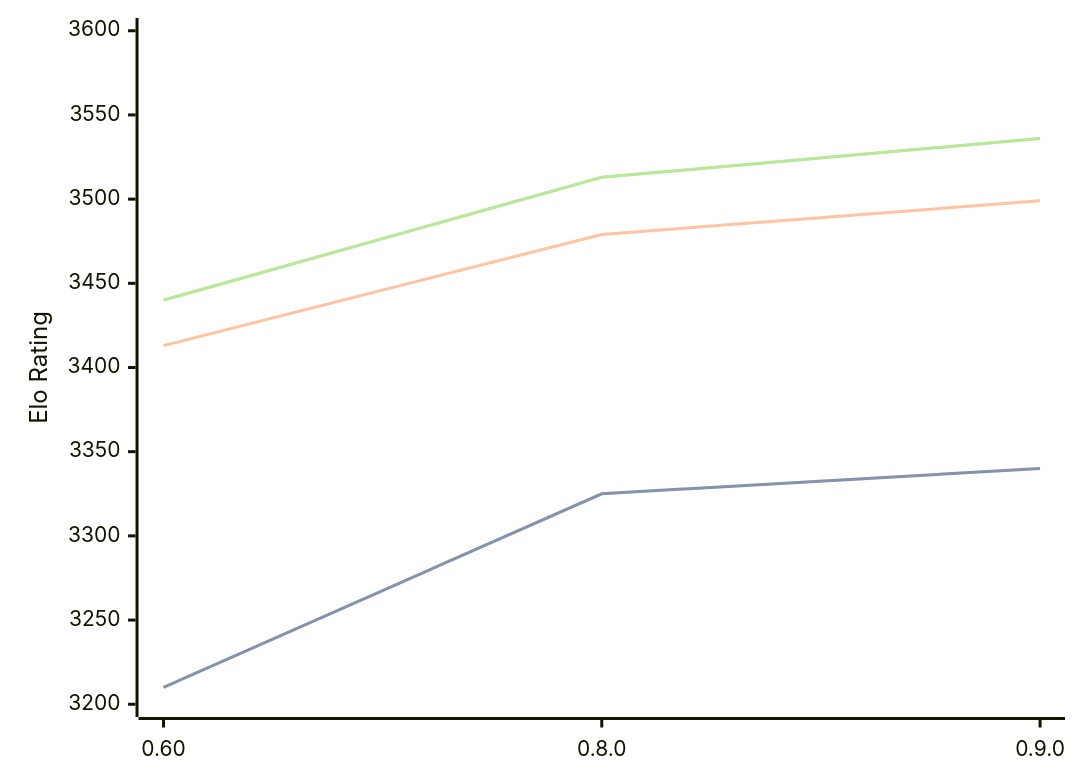
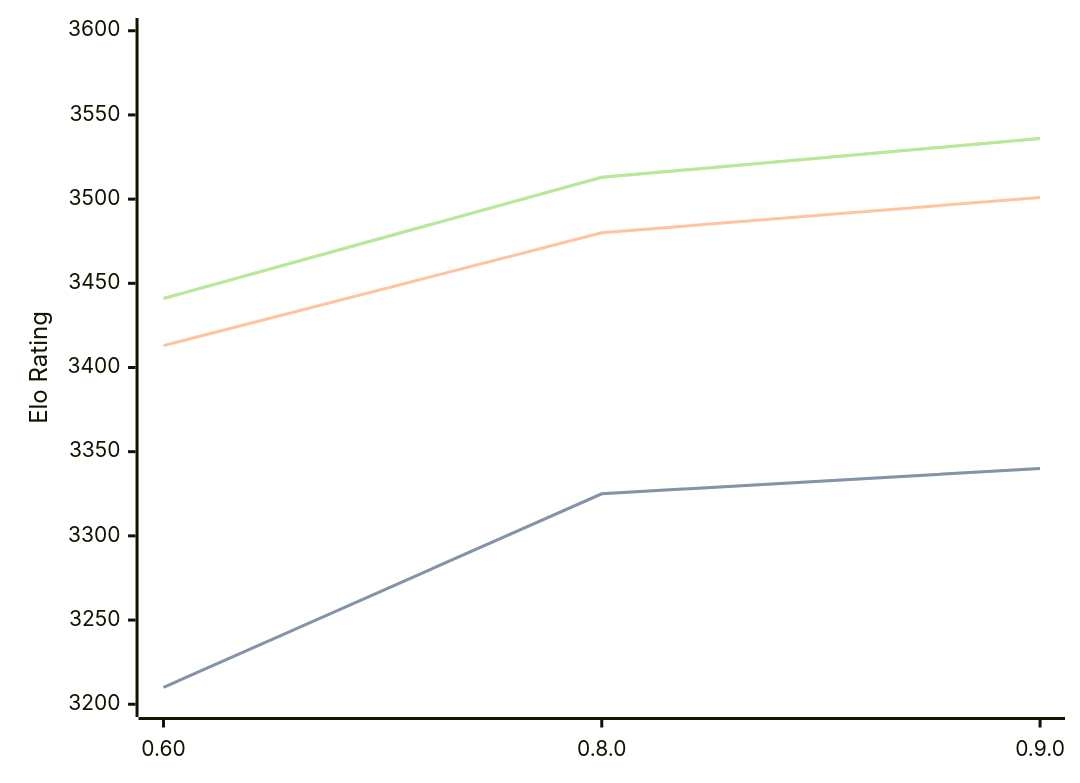
One commit to computer-chess-index/cci changed the diagram in engines/Motor.md. Above: the diagram before and after it, drawn with Mermaid. The commit also changed other lines of this file, not shown here.

Commit message:
Update CCI Ratings (ELO VLTC) - 2026-09-06

````diff
--- a/engines/Motor.md
+++ b/engines/Motor.md
@@ -33,11 +33,11 @@
 ```mermaid
 %%{init: {"theme":"base","themeVariables":{"seriesColors:['#a3a3a3','#222221','#faa371']}}}%%
 xychart-beta
   x-axis ["0.60", "0.8.0", "0.9.0"]
   y-axis "Elo Rating" 3200 --> 3600
   line "" [3210, 3325, 3340]
   line "STC (8.0+0.08s)" [3210, 3325, 3340]
-  line "LTC (60.0+0.60s)" [3413, 3479, 3499]
-  line "" [3440, 3513, 3536]
-  line "VLTC (2m24s+1.12s)" [3440, 3513, 3536]
+  line "LTC (60.0+0.60s)" [3413, 3480, 3501]
+  line "" [3441, 3513, 3536]
+  line "VLTC (2m24s+1.12s)" [3441, 3513, 3536]
 ```
````
